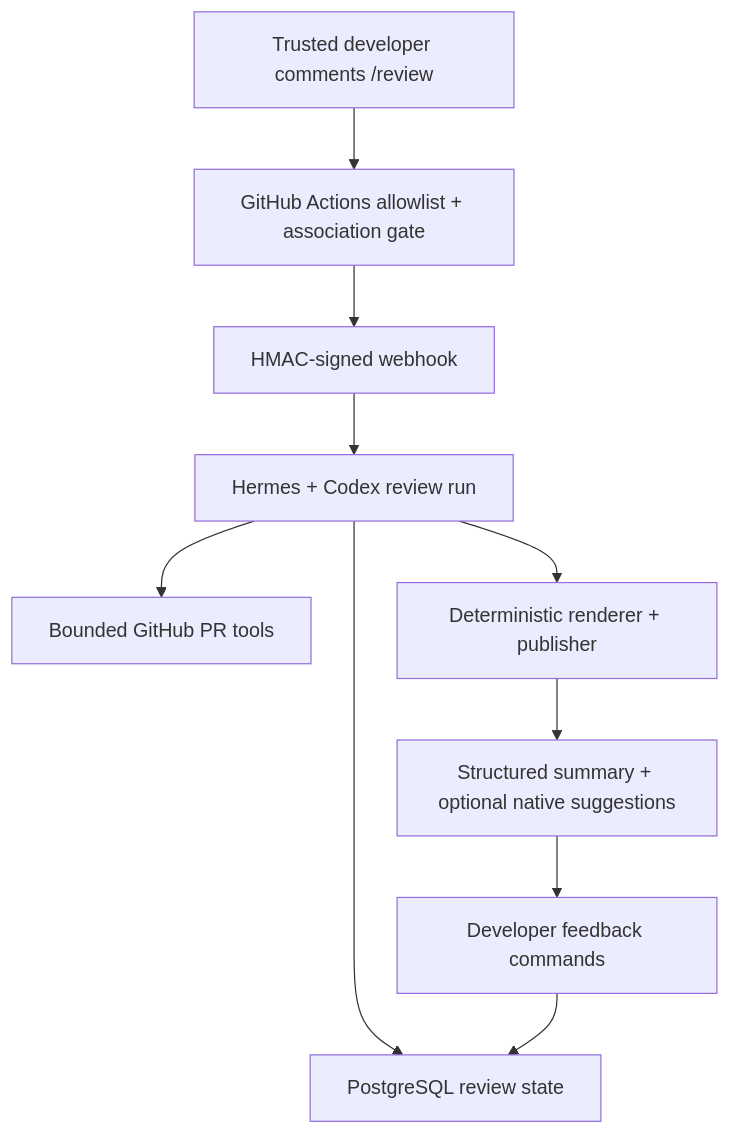
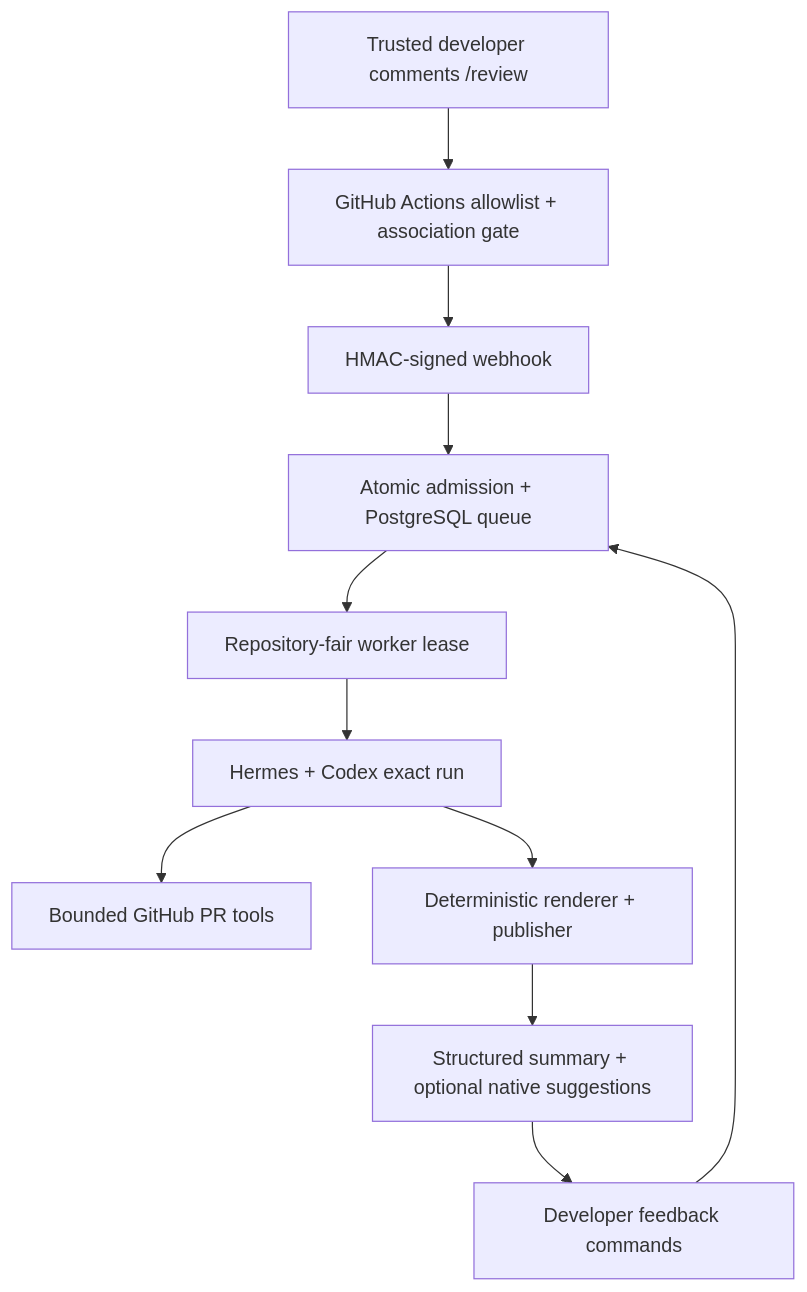
One commit to CCimen/review-agent changed the diagram in README.md. Above: the diagram before and after it, drawn with Mermaid. The commit also changed other lines of this file and 31 other files, not shown here.

First line of the commit message:
feat(runtime): activate durable review admission

````diff
--- a/README.md
+++ b/README.md
@@ -70,12 +70,13 @@
 ```mermaid
 flowchart TD
     A["Trusted developer comments /review"] --> B["GitHub Actions allowlist + association gate"]
     B --> C["HMAC-signed webhook"]
-    C --> D["Hermes + Codex review run"]
-    D --> E["Bounded GitHub PR tools"]
-    D --> F["PostgreSQL review state"]
-    D --> G["Deterministic renderer + publisher"]
-    G --> H["Structured summary + optional native suggestions"]
-    H --> I["Developer feedback commands"]
-    I --> F
+    C --> D["Atomic admission + PostgreSQL queue"]
+    D --> E["Repository-fair worker lease"]
+    E --> F["Hermes + Codex exact run"]
+    F --> G["Bounded GitHub PR tools"]
+    F --> H["Deterministic renderer + publisher"]
+    H --> I["Structured summary + optional native suggestions"]
+    I --> J["Developer feedback commands"]
+    J --> D
 ```
````
